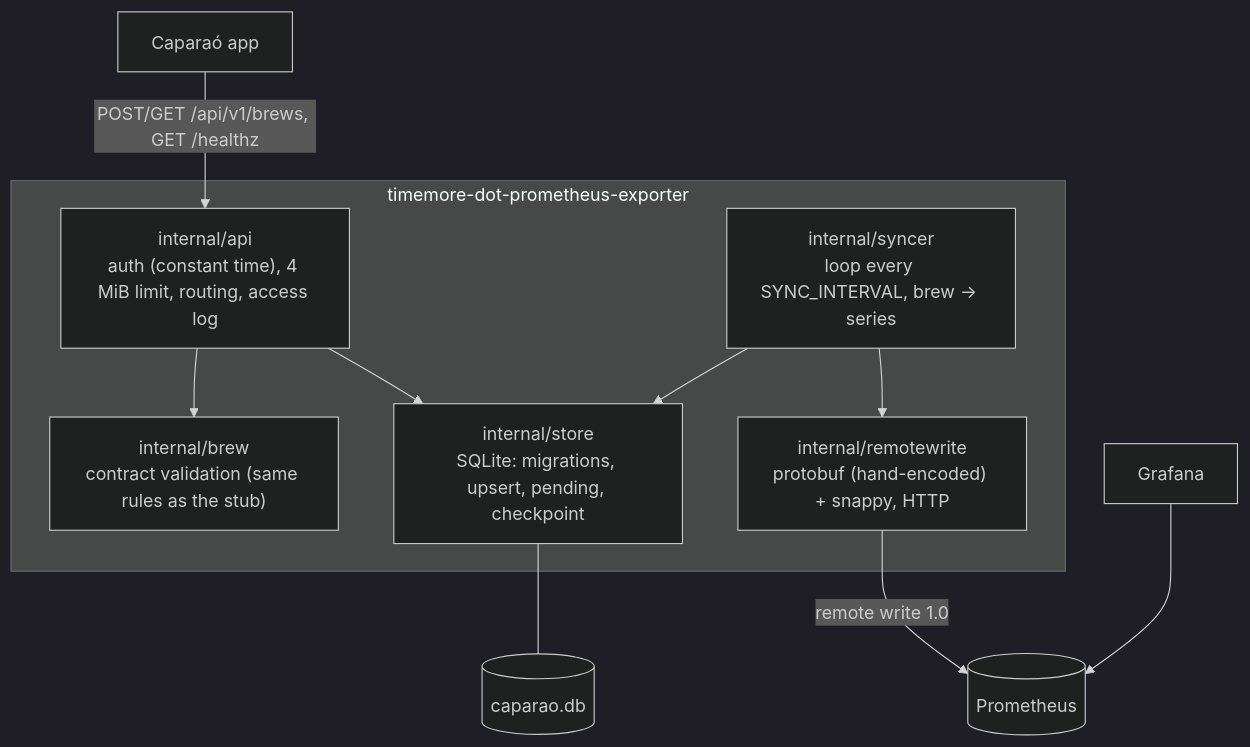
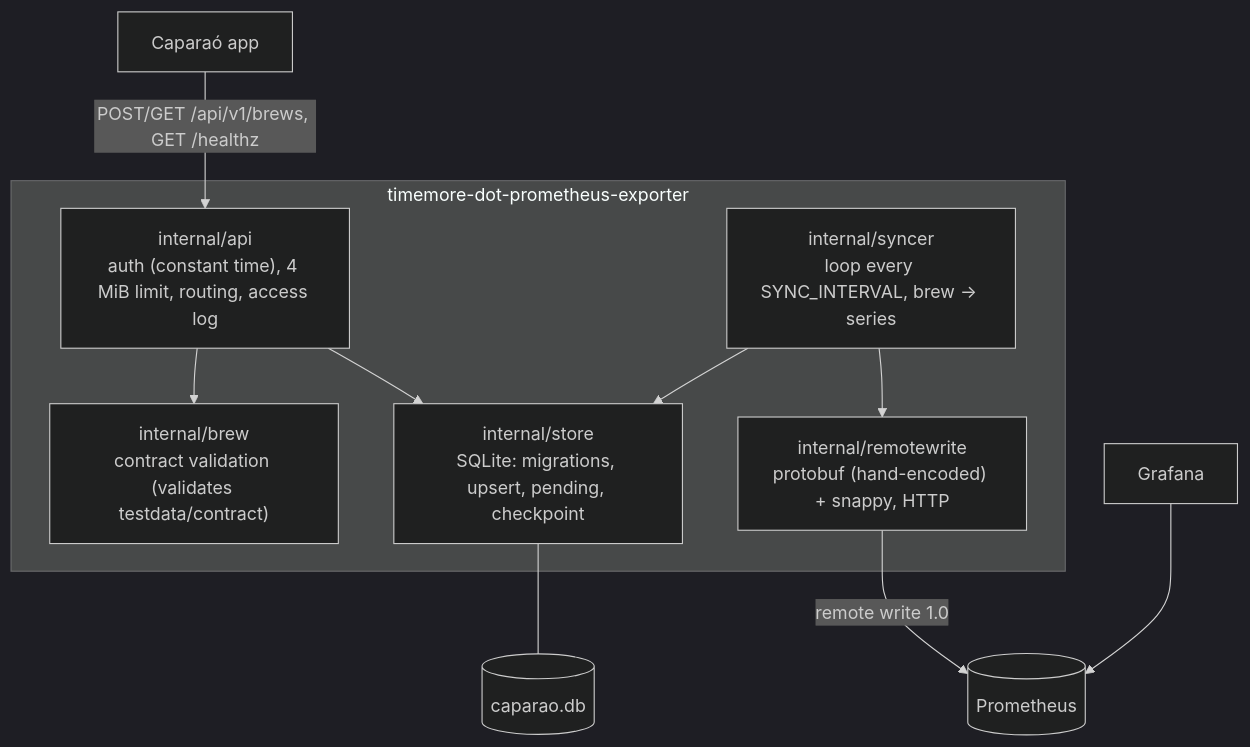
Before and after one commit to MateuxLucax/timemore-dot-prometheus-exporter: the first of 3 diagrams in docs/architecture.md, drawn with Mermaid (dark theme). The commit also changed 3 other files, not shown here.

Commit message:
Drop Caparao stub references; validate testdata/contract directly

````diff
--- a/docs/architecture.md
+++ b/docs/architecture.md
@@ -8,18 +8,18 @@
 ```mermaid
 flowchart TB
     app["Caparaó app"] -->|"POST/GET /api/v1/brews, GET /healthz"| api
     subgraph exporter["timemore-dot-prometheus-exporter"]
         api["internal/api<br/>auth (constant time), 4 MiB limit, routing, access log"]
-        brew["internal/brew<br/>contract validation (same rules as the stub)"]
+        brew["internal/brew<br/>contract validation (validates testdata/contract)"]
         store["internal/store<br/>SQLite: migrations, upsert, pending, checkpoint"]
         syncer["internal/syncer<br/>loop every SYNC_INTERVAL, brew -> series"]
         rw["internal/remotewrite<br/>protobuf (hand-encoded) + snappy, HTTP"]
         api --> brew
         api --> store
         syncer --> store
         syncer --> rw
     end
     store --- db[("caparao.db")]
     rw -->|"remote write 1.0"| prom[("Prometheus")]
     graf["Grafana"] --> prom
 ```
````
